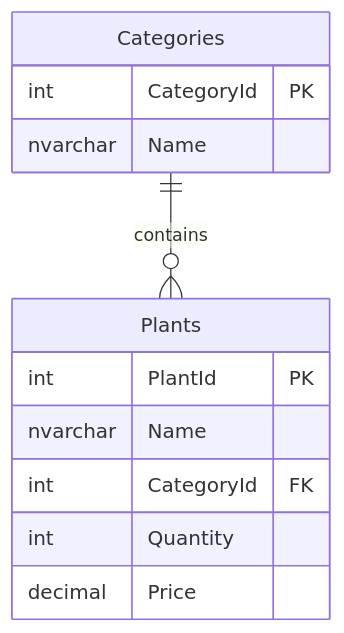
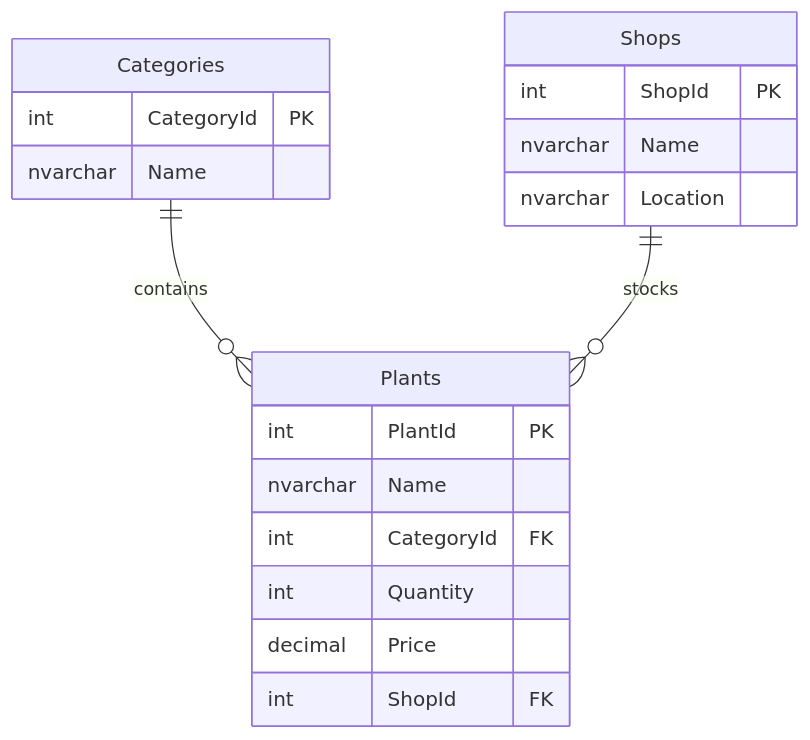
The diagram in db-overview.md (JerryNixon/github-copilot-sql-dab-azure-mcp), drawn with Mermaid before and after one commit. The commit also changed other lines of this file and 19 other files, not shown here.

````diff
--- a/db-overview.md
+++ b/db-overview.md
@@ -9,15 +3,22 @@
 ```mermaid
 erDiagram
+    Shops {
+        int ShopId PK
+        nvarchar Name
+        nvarchar Location
+    }
     Categories {
         int CategoryId PK
         nvarchar Name
     }
     Plants {
         int PlantId PK
         nvarchar Name
         int CategoryId FK
         int Quantity
         decimal Price
+        int ShopId FK
     }
     Categories ||--o{ Plants : contains
+    Shops ||--o{ Plants : stocks
 ```
````
